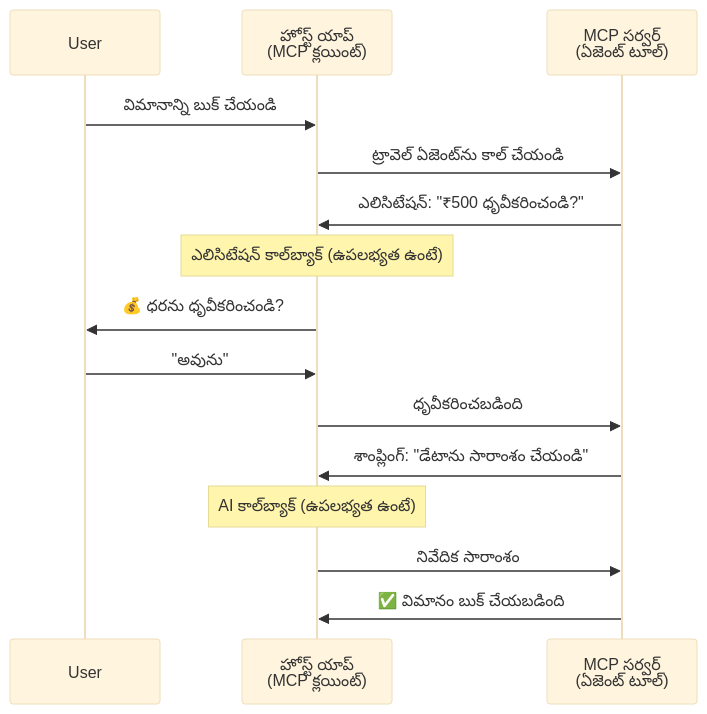
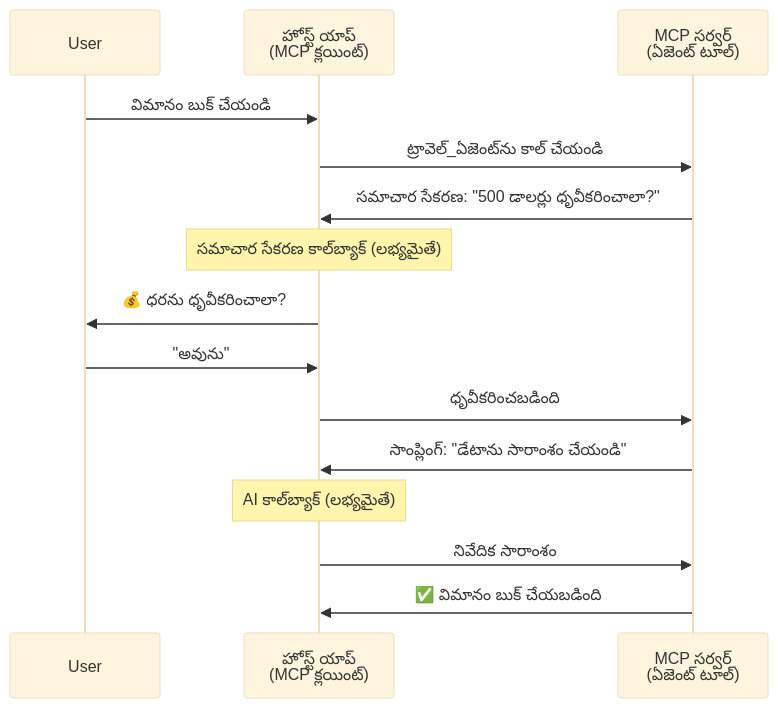
One commit to microsoft/ai-agents-for-beginners changed the fourth of 5 diagrams in translations/te/11-agentic-protocols/code_samples/mcp-agents/README.md. Above: the diagram before and after it, drawn with Mermaid (base theme). The commit also changed other lines of this file and 224 other files, not shown here.

````diff
--- a/translations/te/11-agentic-protocols/code_samples/mcp-agents/README.md
+++ b/translations/te/11-agentic-protocols/code_samples/mcp-agents/README.md
@@ -160,21 +163,21 @@
 ```mermaid
 sequenceDiagram
     participant User
     participant Host as హోస్ట్ యాప్<br/>(MCP క్లయింట్)
     participant Server as MCP సర్వర్<br/>(ఏజెంట్ టూల్)
 
-    User->>Host: విమానాన్ని బుక్ చేయండి
-    Host->>Server: ట్రావెల్ ఏజెంట్‌ను కాల్ చేయండి
+    User->>Host: విమానం బుక్ చేయండి
+    Host->>Server: ట్రావెల్_ఏజెంట్‌ను కాల్ చేయండి
 
-    Server->>Host: ఎలిసిటేషన్: "₹500 ధృవీకరించండి?"
-    Note over Host: ఎలిసిటేషన్ కాల్‌బ్యాక్ (ఉపలభ్యత ఉంటే)
-    Host->>User: 💰 ధరను ధృవీకరించండి?
+    Server->>Host: సమాచార సేకరణ: "500 డాలర్లు ధృవీకరించాలా?"
+    Note over Host: సమాచార సేకరణ కాల్‌బ్యాక్ (లభ్యమైతే)
+    Host->>User: 💰 ధరను ధృవీకరించాలా?
     User->>Host: "అవును"
     Host->>Server: ధృవీకరించబడింది
 
-    Server->>Host: శాంప్లింగ్: "డేటాను సారాంశం చేయండి"
-    Note over Host: AI కాల్‌బ్యాక్ (ఉపలభ్యత ఉంటే)
+    Server->>Host: సాంప్లింగ్: "డేటాను సారాంశం చేయండి"
+    Note over Host: AI కాల్‌బ్యాక్ (లభ్యమైతే)
     Host->>Server: నివేదిక సారాంశం
 
     Server->>Host: ✅ విమానం బుక్ చేయబడింది
 ```
````
